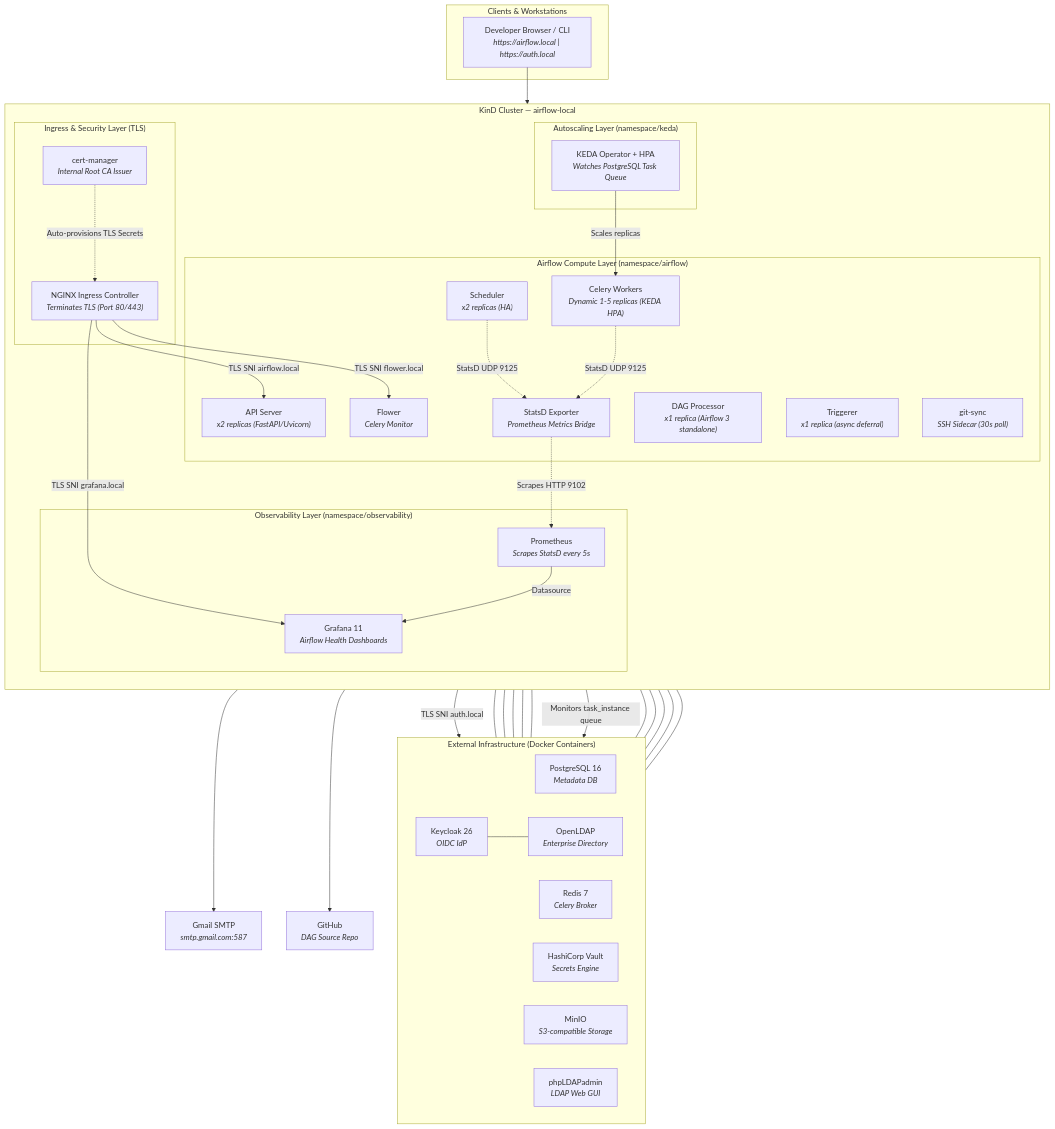
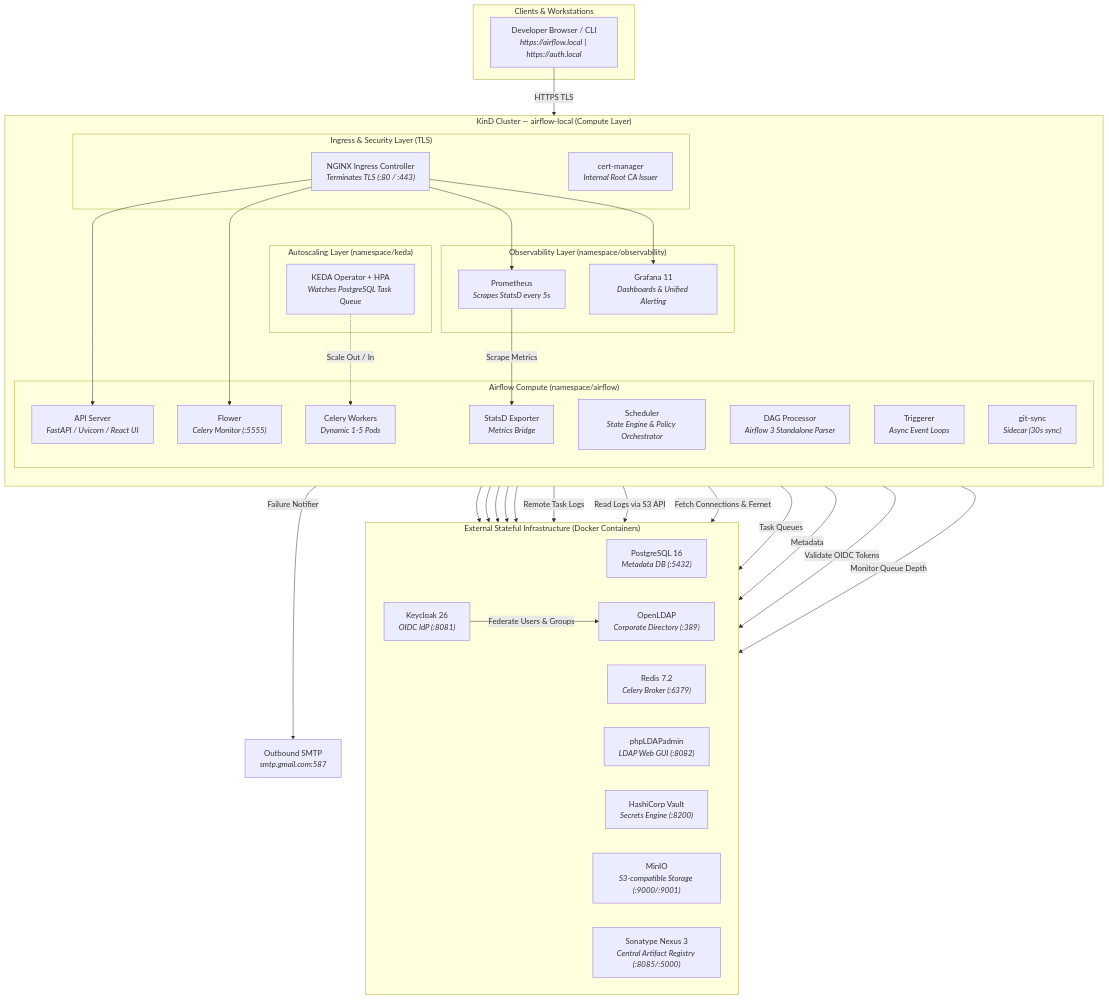
The first of 3 diagrams in README.md (amirsohelprowork-netizen/Learn_Airflow), drawn with Mermaid before and after one commit. The commit also changed other lines of this file and 10 other files, not shown here.

Commit message:
docs: modernize and sanitize README and configuration for public open-source release

````diff
--- a/README.md
+++ b/README.md
@@ -52,79 +60,72 @@
 ```mermaid
 graph TB
     subgraph CLIENT["Clients & Workstations"]
         BROWSER["Developer Browser / CLI<br/><i>https://airflow.local | https://auth.local</i>"]
     end
 
-    subgraph KIND["KinD Cluster — airflow-local"]
+    subgraph KIND["KinD Cluster — airflow-local (Compute Layer)"]
         direction TB
 
         subgraph INGRESS_LAYER["Ingress & Security Layer (TLS)"]
-            ING["NGINX Ingress Controller<br/><i>Terminates TLS (Port 80/443)</i>"]
+            ING["NGINX Ingress Controller<br/><i>Terminates TLS (:80 / :443)</i>"]
             CERT["cert-manager<br/><i>Internal Root CA Issuer</i>"]
         end
 
-        subgraph AIRFLOW_LAYER["Airflow Compute Layer (namespace/airflow)"]
-            API["API Server<br/><i>x2 replicas (FastAPI/Uvicorn)</i>"]
-            SCH["Scheduler<br/><i>x2 replicas (HA)</i>"]
-            DAG["DAG Processor<br/><i>x1 replica (Airflow 3 standalone)</i>"]
-            WRK["Celery Workers<br/><i>Dynamic 1-5 replicas (KEDA HPA)</i>"]
-            TRG["Triggerer<br/><i>x1 replica (async deferral)</i>"]
-            FLW["Flower<br/><i>Celery Monitor</i>"]
-            STATSD["StatsD Exporter<br/><i>Prometheus Metrics Bridge</i>"]
-            GIT["git-sync<br/><i>SSH Sidecar (30s poll)</i>"]
+        subgraph AIRFLOW_LAYER["Airflow Compute (namespace/airflow)"]
+            API["API Server<br/><i>FastAPI / Uvicorn / React UI</i>"]
+            SCH["Scheduler<br/><i>State Engine & Policy Orchestrator</i>"]
+            DAG["DAG Processor<br/><i>Airflow 3 Standalone Parser</i>"]
+            WRK["Celery Workers<br/><i>Dynamic 1-5 Pods</i>"]
+            TRG["Triggerer<br/><i>Async Event Loops</i>"]
+            FLW["Flower<br/><i>Celery Monitor (:5555)</i>"]
+            STATSD["StatsD Exporter<br/><i>Metrics Bridge</i>"]
+            GIT["git-sync<br/><i>Sidecar (30s sync)</i>"]
         end
 
         subgraph AUTOSCALE_LAYER["Autoscaling Layer (namespace/keda)"]
             KEDA["KEDA Operator + HPA<br/><i>Watches PostgreSQL Task Queue</i>"]
         end
 
         subgraph OBS_LAYER["Observability Layer (namespace/observability)"]
             PROM["Prometheus<br/><i>Scrapes StatsD every 5s</i>"]
-            GRAF["Grafana 11<br/><i>Airflow Health Dashboards</i>"]
+            GRAF["Grafana 11<br/><i>Dashboards & Unified Alerting</i>"]
         end
     end
 
-    subgraph EXT["External Infrastructure (Docker Containers)"]
+    subgraph EXT["External Stateful Infrastructure (Docker Containers)"]
         direction LR
-        PG["PostgreSQL 16<br/><i>Metadata DB</i>"]
-        RD["Redis 7<br/><i>Celery Broker</i>"]
-        KC["Keycloak 26<br/><i>OIDC IdP</i>"]
-        LDAP["OpenLDAP<br/><i>Enterprise Directory</i>"]
-        VLT["HashiCorp Vault<br/><i>Secrets Engine</i>"]
-        MINIO["MinIO<br/><i>S3-compatible Storage</i>"]
-        PHA["phpLDAPadmin<br/><i>LDAP Web GUI</i>"]
+        PG["PostgreSQL 16<br/><i>Metadata DB (:5432)</i>"]
+        RD["Redis 7.2<br/><i>Celery Broker (:6379)</i>"]
+        KC["Keycloak 26<br/><i>OIDC IdP (:8081)</i>"]
+        LDAP["OpenLDAP<br/><i>Corporate Directory (:389)</i>"]
+        PHA["phpLDAPadmin<br/><i>LDAP Web GUI (:8082)</i>"]
+        VLT["HashiCorp Vault<br/><i>Secrets Engine (:8200)</i>"]
+        MINIO["MinIO<br/><i>S3-compatible Storage (:9000/:9001)</i>"]
+        NEXUS["Sonatype Nexus 3<br/><i>Central Artifact Registry (:8085/:5000)</i>"]
     end
 
-    GMAIL["Gmail SMTP<br/><i>smtp.gmail.com:587</i>"]
-    GH["GitHub<br/><i>DAG Source Repo</i>"]
+    SMTP["Outbound SMTP<br/><i>smtp.gmail.com:587</i>"]
 
-    BROWSER --> ING
-    ING -->|TLS SNI airflow.local| API
-    ING -->|TLS SNI auth.local| KC
-    ING -->|TLS SNI flower.local| FLW
-    ING -->|TLS SNI grafana.local| GRAF
+    BROWSER -->|HTTPS TLS| ING
+    ING --> API
+    ING --> FLW
+    ING --> GRAF
+    ING --> PROM
+    ING --> KC
+    ING --> VLT
+    ING --> MINIO
+    ING --> PHA
+    ING --> NEXUS
 
-    CERT -.->|Auto-provisions TLS Secrets| ING
-
-    API --- PG
-    SCH --- PG
-    SCH --- RD
-    WRK --- PG
-    WRK --- RD
-    KEDA -->|Monitors task_instance queue| PG
-    KEDA -->|Scales replicas| WRK
-
-    API --- KC
-    KC --- LDAP
-    SCH --- VLT
-    WRK --- VLT
-    WRK --- MINIO
-    SCH --- MINIO
-    WRK --> GMAIL
-    GIT --> GH
-
-    SCH -.->|StatsD UDP 9125| STATSD
-    WRK -.->|StatsD UDP 9125| STATSD
-    STATSD -.->|Scrapes HTTP 9102| PROM
-    PROM -->|Datasource| GRAF
+    WRK -->|Remote Task Logs| MINIO
+    API -->|Read Logs via S3 API| MINIO
+    SCH -->|Fetch Connections & Fernet| VLT
+    WRK -->|Task Queues| RD
+    SCH -->|Metadata| PG
+    API -->|Validate OIDC Tokens| KC
+    KC -->|Federate Users & Groups| LDAP
+    KEDA -->|Monitor Queue Depth| PG
+    KEDA -.->|Scale Out / In| WRK
+    PROM -->|Scrape Metrics| STATSD
+    SCH -->|Failure Notifier| SMTP
 ```
````
